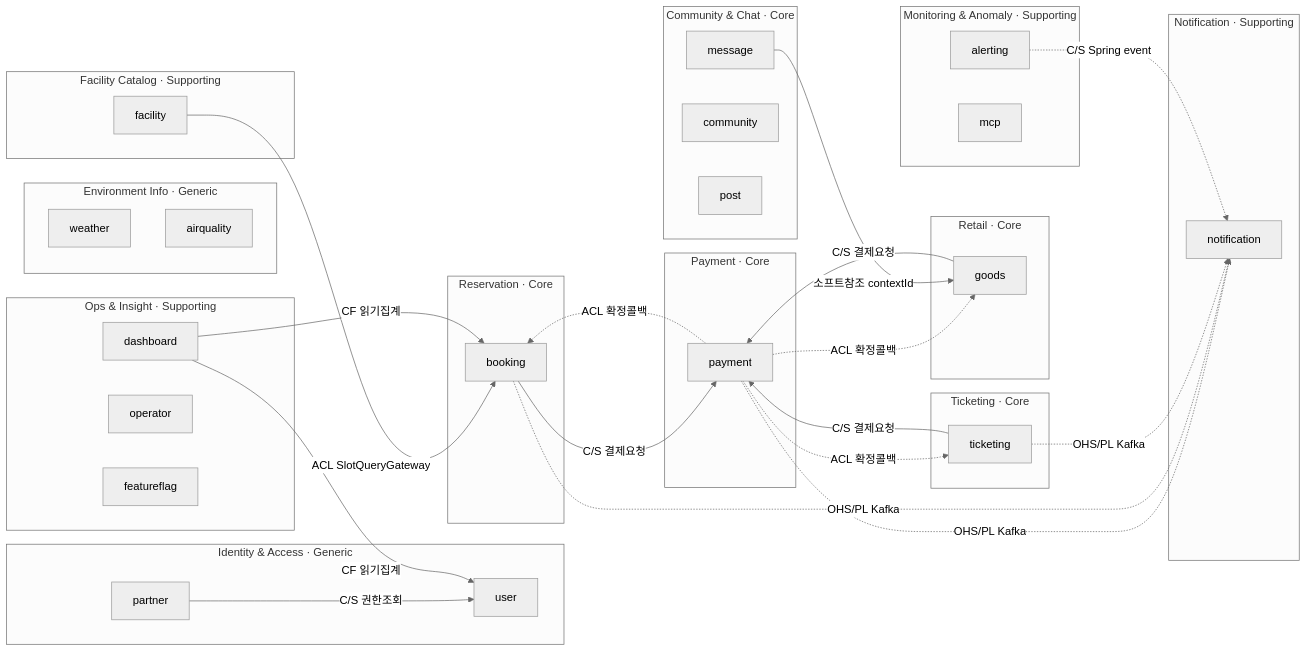
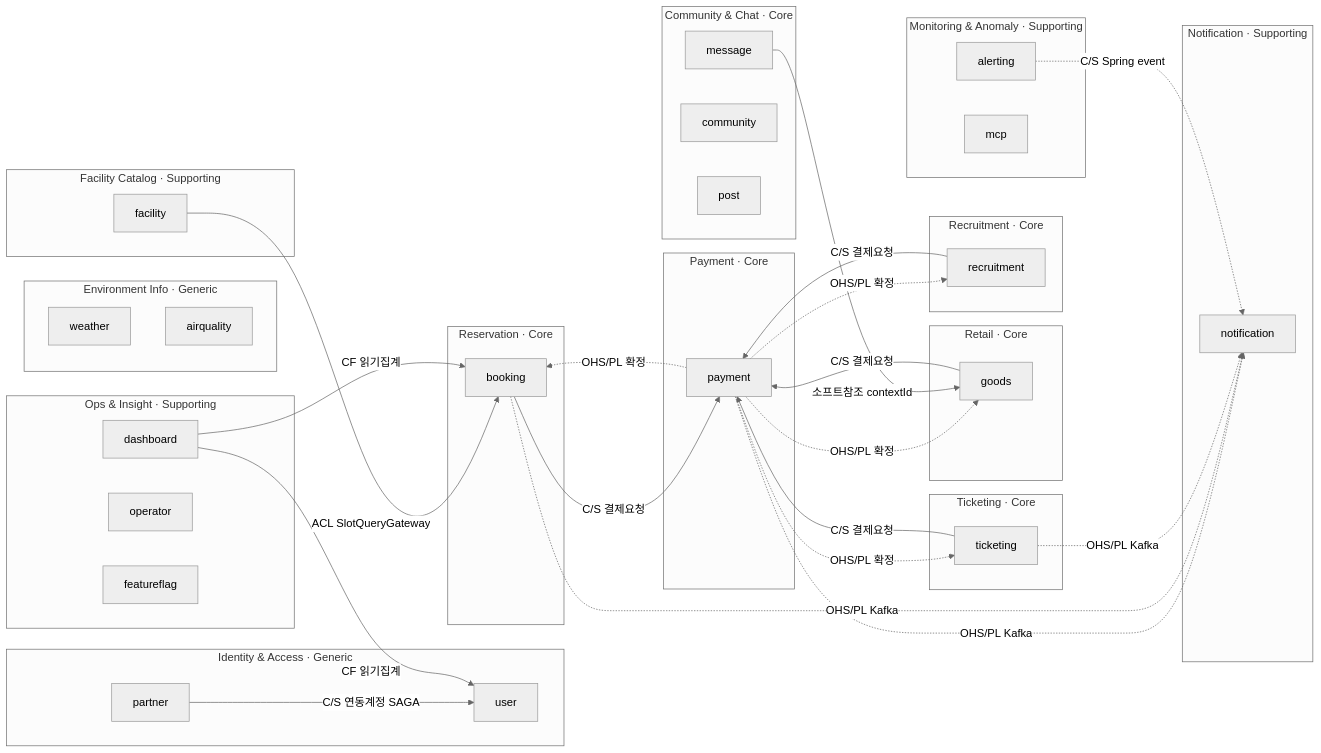
The second of 2 diagrams in docs/domain-context-map.md (biuea3866/new-sports-application), drawn with Mermaid (neutral theme) before and after one commit. The commit also changed other lines of this file, not shown here.

````diff
--- a/docs/domain-context-map.md
+++ b/docs/domain-context-map.md
@@ -136,61 +170,65 @@
 ```mermaid
 flowchart LR
     subgraph IAM["Identity & Access · Generic"]
         user
         partner
     end
     subgraph Reservation["Reservation · Core"]
         booking
     end
     subgraph Retail["Retail · Core"]
         goods
     end
     subgraph Ticketing["Ticketing · Core"]
         ticketing
+    end
+    subgraph Recruit["Recruitment · Core"]
+        recruitment
     end
     subgraph Payment["Payment · Core"]
         payment
     end
     subgraph Notify["Notification · Supporting"]
         notification
     end
     subgraph Anomaly["Monitoring & Anomaly · Supporting"]
         alerting
         mcp
     end
     subgraph Social["Community & Chat · Core"]
         message
         community
         post
     end
-    subgraph Catalog["Facility Catalog · Supporting"]
+    subgraph FacilityCatalog["Facility Catalog · Supporting"]
         facility
     end
     subgraph Env["Environment Info · Generic"]
         weather
         airquality
     end
     subgraph Ops["Ops & Insight · Supporting"]
         dashboard
         operator
         featureflag
     end
 
     booking -->|"C/S 결제요청"| payment
     goods -->|"C/S 결제요청"| payment
     ticketing -->|"C/S 결제요청"| payment
-    payment -.->|"ACL 확정콜백"| booking
-    payment -.->|"ACL 확정콜백"| goods
-    payment -.->|"ACL 확정콜백"| ticketing
-
+    payment -.->|"OHS/PL 확정"| booking
+    payment -.->|"OHS/PL 확정"| goods
+    payment -.->|"OHS/PL 확정"| ticketing
+    payment -.->|"OHS/PL 확정"| recruitment
     payment -.->|"OHS/PL Kafka"| notification
     booking -.->|"OHS/PL Kafka"| notification
     ticketing -.->|"OHS/PL Kafka"| notification
     alerting -.->|"C/S Spring event"| notification
 
     facility -->|"ACL SlotQueryGateway"| booking
-    partner -->|"C/S 권한조회"| user
+    recruitment -->|"C/S 결제요청"| payment
+    partner -->|"C/S 연동계정 SAGA"| user
     message -->|"소프트참조 contextId"| goods
     dashboard -->|"CF 읽기집계"| booking
     dashboard -->|"CF 읽기집계"| user
 ```
````
